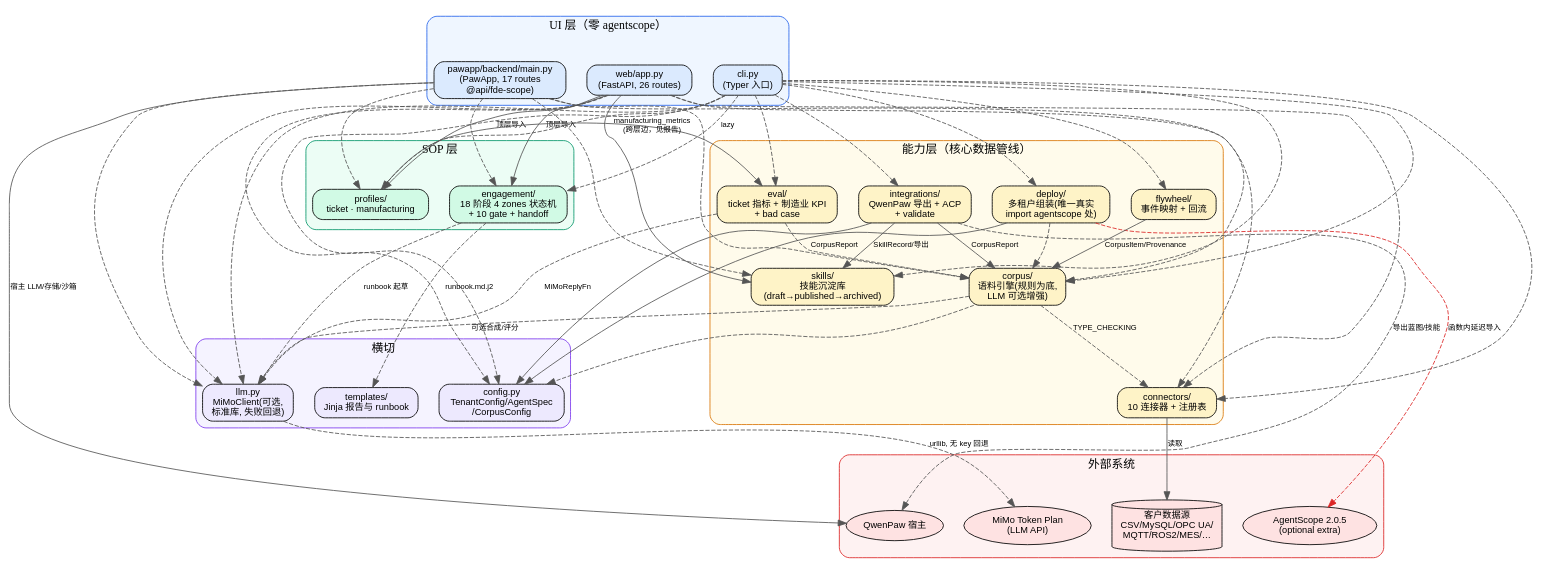
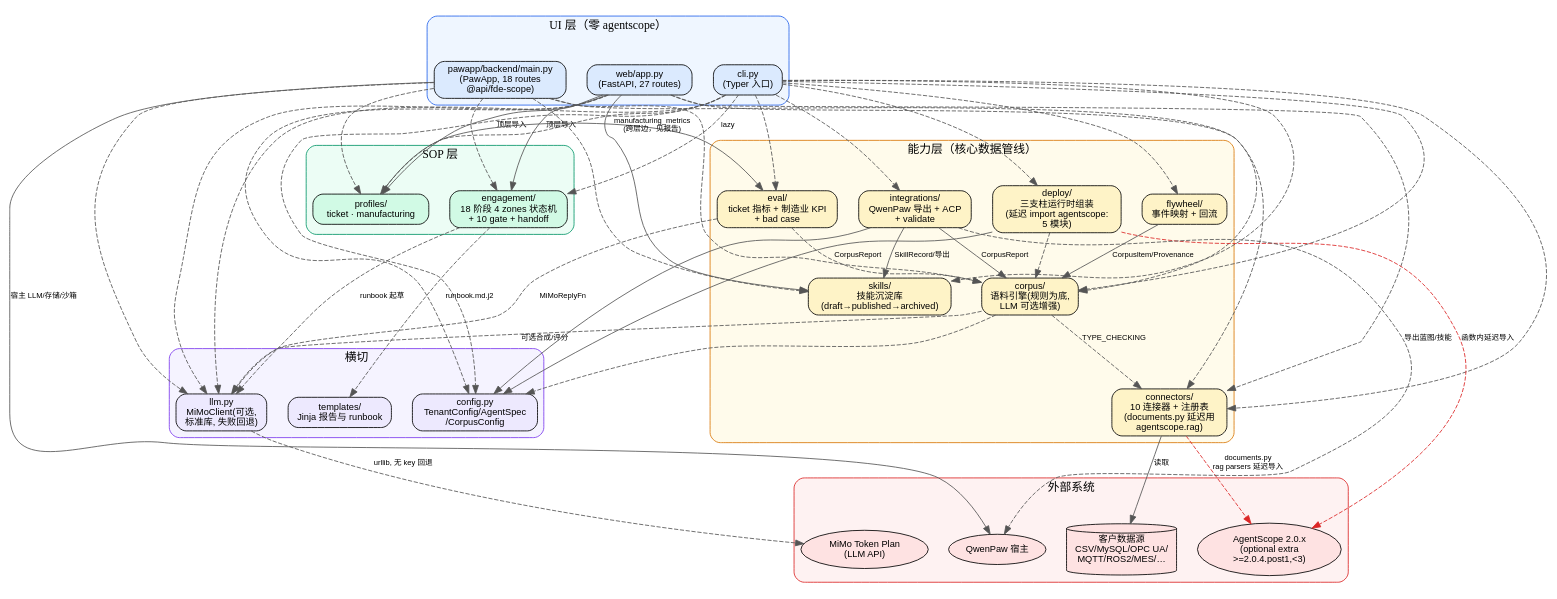
One commit to ai-guru-global/fde-scope changed the diagram in docs/architecture-model/module-dependency.dot. Above: the diagram before and after it, drawn with Graphviz. The commit also changed 20 other files, not shown here.

```diff
--- a/docs/architecture-model/module-dependency.dot
+++ b/docs/architecture-model/module-dependency.dot
@@ -1,106 +1,107 @@
 // FDE Scope 模块依赖图（current-state）
-// 证据：fde_scope/ 与 pawapp/backend/ 全部 import 语句（2026-08-26 静态扫描）
+// 证据：fde_scope/ 与 pawapp/backend/ 全部 import 语句（2026-08-26 静态扫描，2026-08-28 复核修正）
 // 边语义：import-dependency（静态/延迟导入均标注）；虚线 = 可选/延迟导入
 // 查看：Qoder Canvas DOT 预览 或 `dot -Tsvg module-dependency.dot -o module-dependency.svg`
 digraph fde_scope_modules {
     rankdir=TB;
     nodesep=0.35;
     ranksep=0.6;
     node [shape=box, style="rounded,filled", fontname="Helvetica", fontsize=11];
     edge [fontname="Helvetica", fontsize=9, color="#555555"];
 
     // ---------- UI 层 ----------
     subgraph cluster_ui {
         label="UI 层（零 agentscope）"; style=rounded; color="#2563EB"; bgcolor="#EFF6FF";
         cli        [label="cli.py\n(Typer 入口)", fillcolor="#DBEAFE"];
-        web        [label="web/app.py\n(FastAPI, 26 routes)", fillcolor="#DBEAFE"];
-        pawapp     [label="pawapp/backend/main.py\n(PawApp, 17 routes\n@api/fde-scope)", fillcolor="#DBEAFE"];
+        web        [label="web/app.py\n(FastAPI, 27 routes)", fillcolor="#DBEAFE"];
+        pawapp     [label="pawapp/backend/main.py\n(PawApp, 18 routes\n@api/fde-scope)", fillcolor="#DBEAFE"];
     }
 
     // ---------- SOP 层 ----------
     subgraph cluster_sop {
         label="SOP 层"; style=rounded; color="#059669"; bgcolor="#ECFDF5";
         engagement [label="engagement/\n18 阶段 4 zones 状态机\n+ 10 gate + handoff", fillcolor="#D1FAE5"];
         profiles   [label="profiles/\nticket · manufacturing", fillcolor="#D1FAE5"];
     }
 
     // ---------- 能力层 ----------
     subgraph cluster_core {
         label="能力层（核心数据管线）"; style=rounded; color="#D97706"; bgcolor="#FFFBEB";
-        connectors [label="connectors/\n10 连接器 + 注册表", fillcolor="#FEF3C7"];
+        connectors [label="connectors/\n10 连接器 + 注册表\n(documents.py 延迟用\nagentscope.rag)", fillcolor="#FEF3C7"];
         corpus     [label="corpus/\n语料引擎(规则为底,\nLLM 可选增强)", fillcolor="#FEF3C7"];
         eval       [label="eval/\nticket 指标 + 制造业 KPI\n+ bad case", fillcolor="#FEF3C7"];
-        deploy     [label="deploy/\n多租户组装(唯一真实\nimport agentscope 处)", fillcolor="#FEF3C7"];
+        deploy     [label="deploy/\n三支柱运行时组装\n(延迟 import agentscope:\n5 模块)", fillcolor="#FEF3C7"];
         flywheel   [label="flywheel/\n事件映射 + 回流", fillcolor="#FEF3C7"];
         integrations [label="integrations/\nQwenPaw 导出 + ACP\n+ validate", fillcolor="#FEF3C7"];
         skills     [label="skills/\n技能沉淀库\n(draft→published→archived)", fillcolor="#FEF3C7"];
     }
 
     // ---------- 横切层 ----------
     subgraph cluster_cross {
         label="横切"; style=rounded; color="#7C3AED"; bgcolor="#F5F3FF";
         llm    [label="llm.py\nMiMoClient(可选,\n标准库, 失败回退)", fillcolor="#EDE9FE"];
         config [label="config.py\nTenantConfig/AgentSpec\n/CorpusConfig", fillcolor="#EDE9FE"];
         templates [label="templates/\nJinja 报告与 runbook", fillcolor="#EDE9FE"];
     }
 
     // ---------- 外部 ----------
     subgraph cluster_ext {
         label="外部系统"; style=rounded; color="#DC2626"; bgcolor="#FEF2F2";
-        agentscope [label="AgentScope 2.0.5\n(optional extra)", shape=ellipse, fillcolor="#FEE2E2"];
+        agentscope [label="AgentScope 2.0.x\n(optional extra\n>=2.0.4.post1,<3)", shape=ellipse, fillcolor="#FEE2E2"];
         mimo       [label="MiMo Token Plan\n(LLM API)", shape=ellipse, fillcolor="#FEE2E2"];
         datasource [label="客户数据源\nCSV/MySQL/OPC UA/\nMQTT/ROS2/MES/…", shape=cylinder, fillcolor="#FEE2E2"];
         qwenpaw    [label="QwenPaw 宿主", shape=ellipse, fillcolor="#FEE2E2"];
     }
 
     // ---------- UI → 能力（全部函数内延迟导入）----------
     cli -> engagement [style=dashed, label="lazy"];
     cli -> connectors [style=dashed];
     cli -> corpus [style=dashed];
     cli -> deploy [style=dashed];
     cli -> eval [style=dashed];
     cli -> flywheel [style=dashed];
     cli -> integrations [style=dashed];
     cli -> profiles [style=dashed];
     cli -> skills [style=dashed];
     cli -> llm [style=dashed];
     cli -> config [style=dashed];
 
     web -> engagement [label="顶层导入"];
     web -> profiles [label="顶层导入"];
     web -> skills;
     web -> corpus [style=dashed];
     web -> connectors [style=dashed];
     web -> llm [style=dashed];
     web -> config [style=dashed];
 
     pawapp -> engagement [style=dashed];
     pawapp -> profiles [style=dashed];
     pawapp -> skills [style=dashed];
     pawapp -> corpus [style=dashed];
     pawapp -> connectors [style=dashed];
     pawapp -> llm [style=dashed];
 
     // ---------- 能力层内部 ----------
     corpus -> connectors [style=dashed, label="TYPE_CHECKING"];
     corpus -> llm [style=dashed, label="可选合成/评分"];
     corpus -> config [style=dashed];
     eval -> corpus [style=dashed, label="CorpusReport"];
     eval -> llm [style=dashed, label="MiMoReplyFn"];
     deploy -> config;
     deploy -> corpus [style=dashed];
     deploy -> agentscope [style=dashed, label="函数内延迟导入", color="#DC2626"];
+    connectors -> agentscope [style=dashed, label="documents.py\nrag parsers 延迟导入", color="#DC2626"];
     flywheel -> corpus [label="CorpusItem/Provenance"];
     integrations -> config;
     integrations -> corpus [label="CorpusReport"];
     integrations -> skills [label="SkillRecord/导出"];
     profiles -> eval [label="manufacturing_metrics\n(跨层边，见报告)"];
     engagement -> llm [style=dashed, label="runbook 起草"];
     engagement -> templates [style=dashed, label="runbook.md.j2"];
 
     // ---------- 外部 ----------
     connectors -> datasource [label="读取"];
     llm -> mimo [style=dashed, label="urllib, 无 key 回退"];
     pawapp -> qwenpaw [label="宿主 LLM/存储/沙箱"];
     integrations -> qwenpaw [style=dashed, label="导出蓝图/技能"];
 }
```
